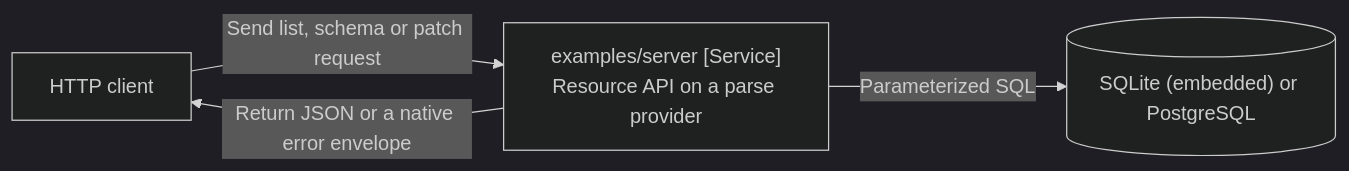
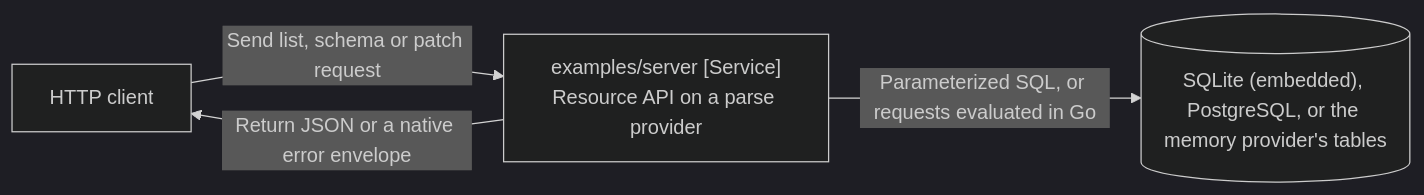
One commit to ashtonian/pkg changed the first of 2 diagrams in parse/examples/server/README.md. Above: the diagram before and after it, drawn with Mermaid (dark theme). The commit also changed other lines of this file and 14 other files, not shown here.

````diff
--- a/parse/examples/server/README.md
+++ b/parse/examples/server/README.md
@@ -7,6 +7,6 @@
 ```mermaid
 flowchart LR
     client["HTTP client"] -->|"Send list, schema or patch request"| server["examples/server [Service]<br/>Resource API on a parse provider"]
     server -->|"Return JSON or a native error envelope"| client
-    server -->|"Parameterized SQL"| db[("SQLite (embedded) or PostgreSQL")]
+    server -->|"Parameterized SQL, or requests evaluated in Go"| db[("SQLite (embedded), PostgreSQL, or the memory provider's tables")]
 ```
````
